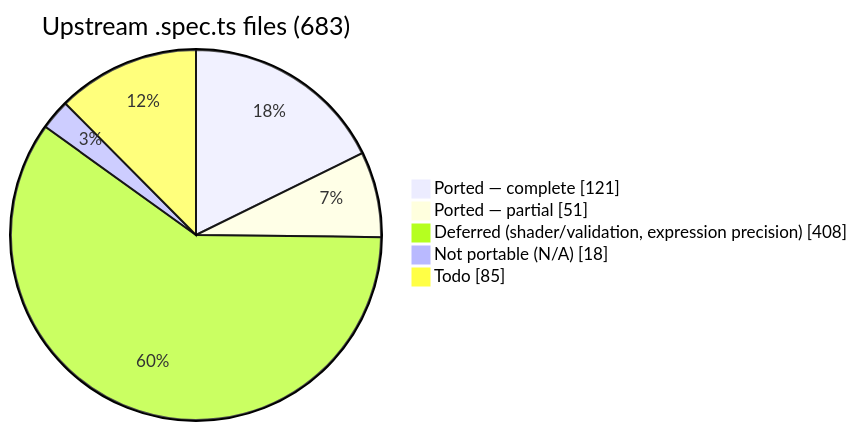
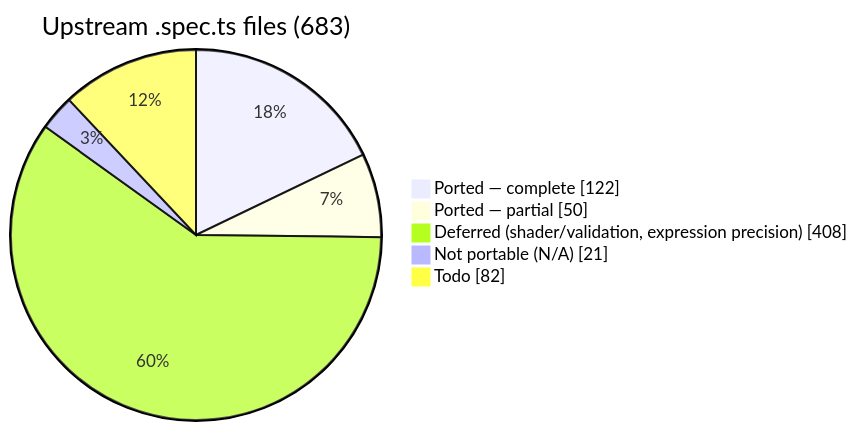
Before and after one commit to infosia/webgpu-native-cts: the first of 2 diagrams in README.md, drawn with Mermaid. The commit also changed other lines of this file and 3 other files, not shown here.

````diff
--- a/README.md
+++ b/README.md
@@ -94,9 +94,9 @@
 ```mermaid
 pie showData
     title Upstream .spec.ts files (683)
-    "Ported — complete" : 121
-    "Ported — partial" : 51
+    "Ported — complete" : 122
+    "Ported — partial" : 50
     "Deferred (shader/validation, expression precision)" : 408
-    "Not portable (N/A)" : 18
-    "Todo" : 85
+    "Not portable (N/A)" : 21
+    "Todo" : 82
 ```
````
